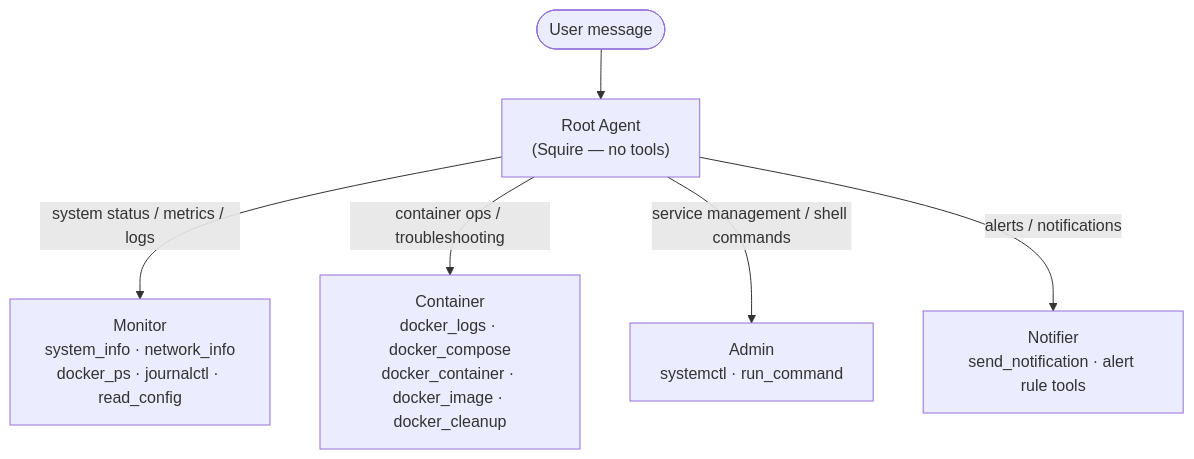
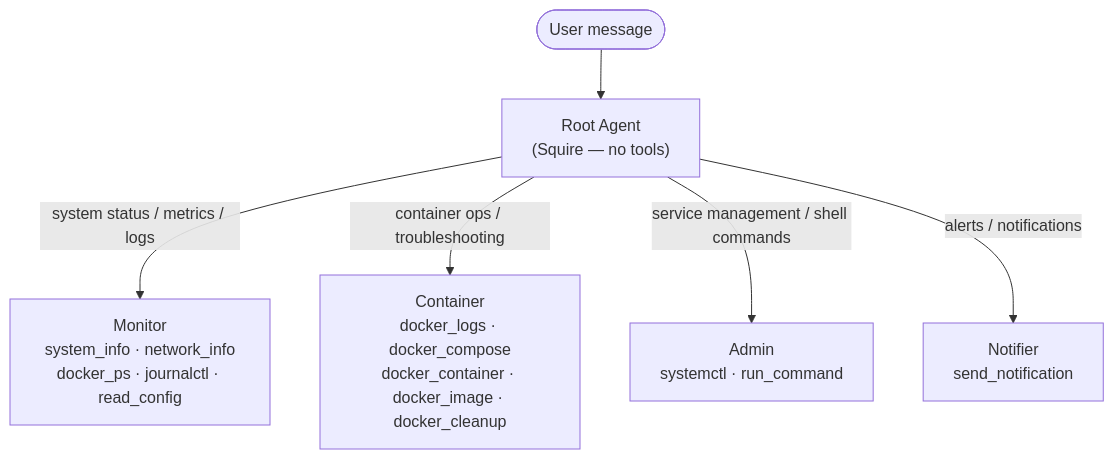
One commit to willdah/squire changed the second of 5 diagrams in docs/architecture.md. Above: the diagram before and after it, drawn with Mermaid. The commit also changed other lines of this file and 34 other files, not shown here.

First line of the commit message:
refactor: remove alert-rule engine (#143) (#152)

````diff
--- a/docs/architecture.md
+++ b/docs/architecture.md
@@ -72,16 +72,16 @@
 ```mermaid
 flowchart TD
     User([User message])
     Root["Root Agent<br/>(Squire — no tools)"]
 
     Monitor["Monitor<br/>system_info · network_info<br/>docker_ps · journalctl · read_config"]
     Container["Container<br/>docker_logs · docker_compose<br/>docker_container · docker_image · docker_cleanup"]
     Admin["Admin<br/>systemctl · run_command"]
-    Notifier["Notifier<br/>send_notification · alert rule tools"]
+    Notifier["Notifier<br/>send_notification"]
 
     User --> Root
     Root -->|"system status / metrics / logs"| Monitor
     Root -->|"container ops / troubleshooting"| Container
     Root -->|"service management / shell commands"| Admin
     Root -->|"alerts / notifications"| Notifier
 ```
````
